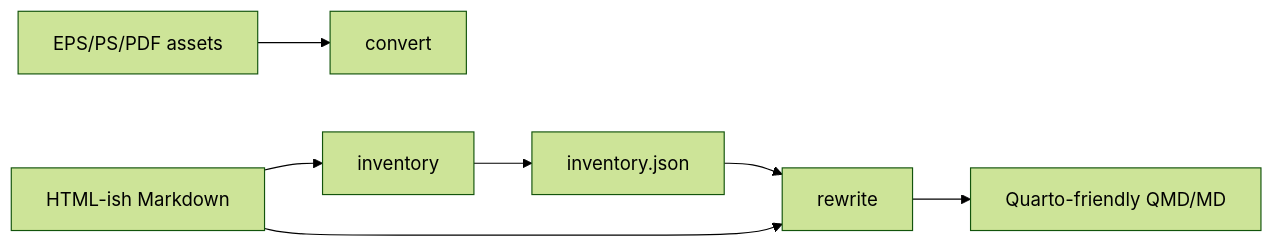
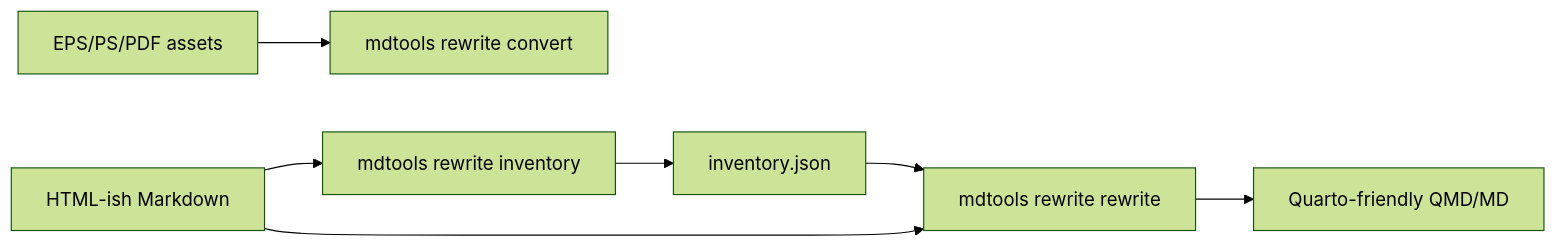
The diagram in mdhtml_rewrite/README.md (fischerimapig/mdtools), drawn with Mermaid (forest theme) before and after one commit. The commit also changed other lines of this file and 37 other files, not shown here.

````diff
--- a/mdhtml_rewrite/README.md
+++ b/mdhtml_rewrite/README.md
@@ -44,14 +45,14 @@
 ```mermaid
 flowchart LR
     eps["EPS/PS/PDF assets"]
-    convert["convert"]
+    convert["mdtools rewrite convert"]
     htmlmd["HTML-ish Markdown"]
-    inventory["inventory"]
+    inventory["mdtools rewrite inventory"]
     invjson["inventory.json"]
-    rewrite["rewrite"]
+    rewrite["mdtools rewrite rewrite"]
     qmd["Quarto-friendly QMD/MD"]
 
     eps --> convert
     htmlmd --> inventory --> invjson --> rewrite
     htmlmd --> rewrite --> qmd
 ```
````
